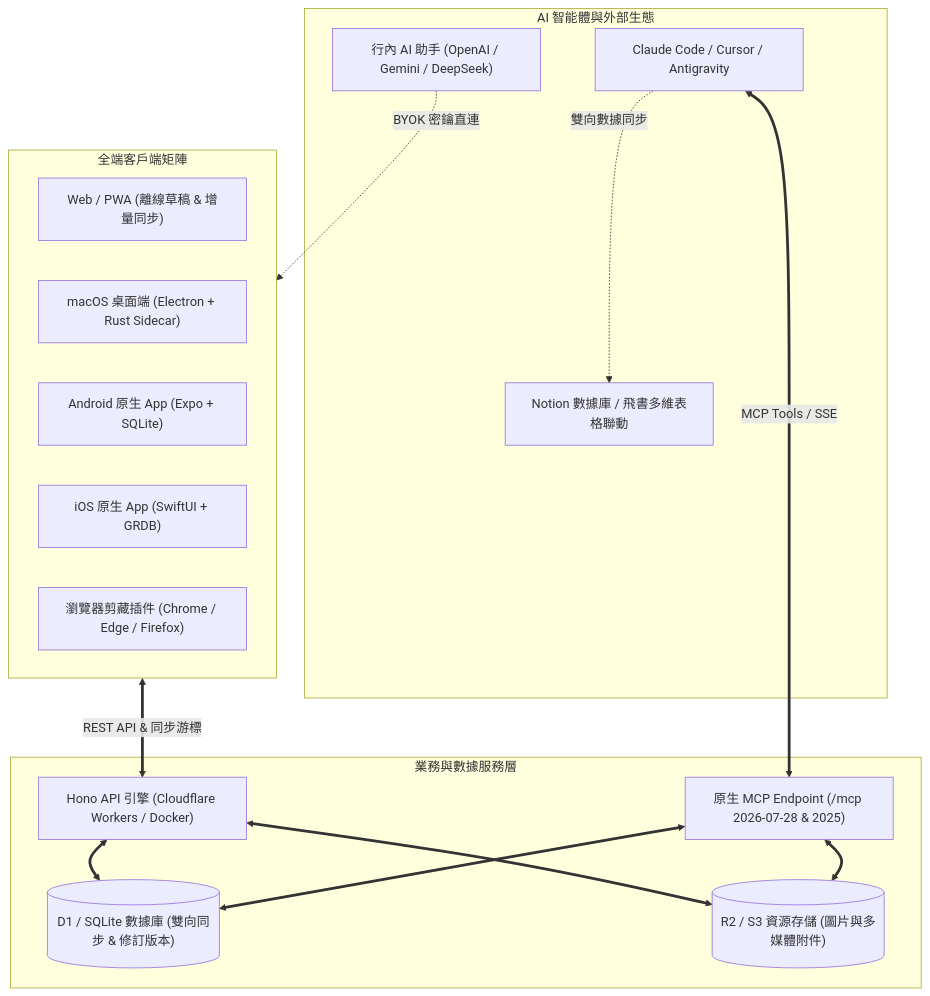
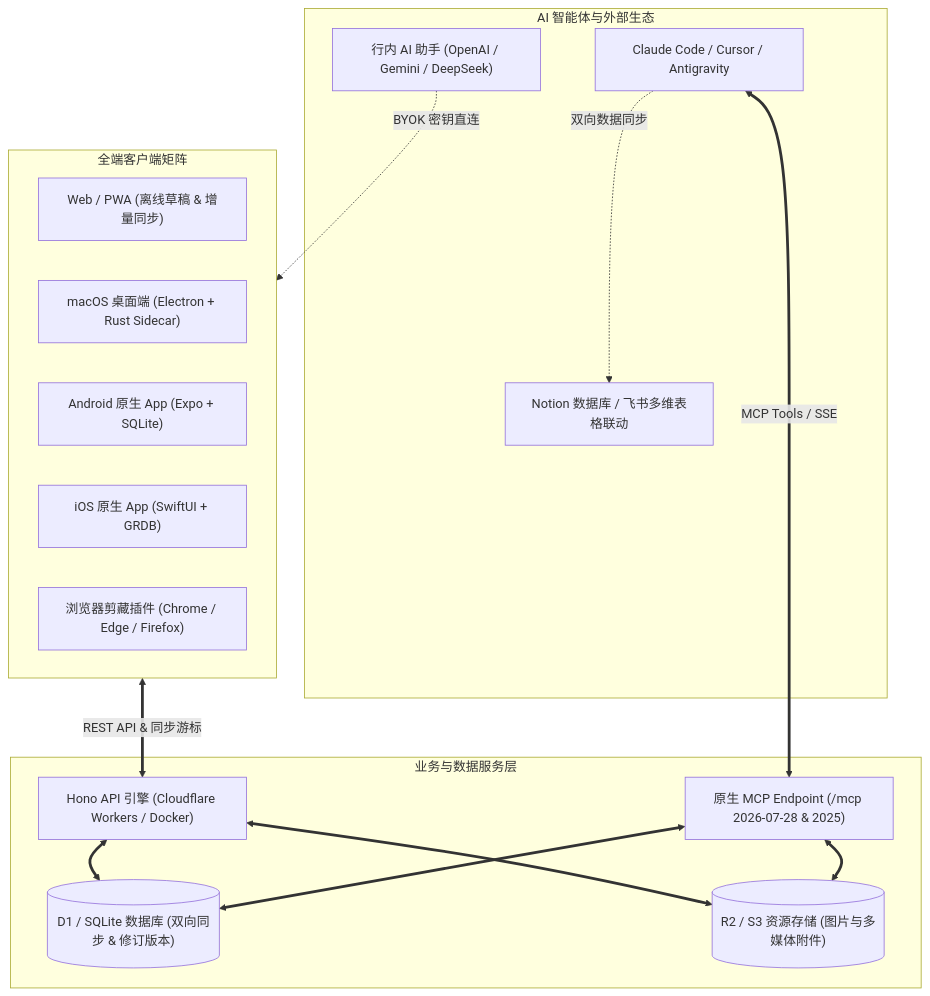
Before and after one commit to changchichung/edgeever: the first of 2 diagrams in docs/demo-sample-note.zh-CN.md, drawn with Mermaid. The commit also changed other lines of this file and 132 other files, not shown here.

````diff
--- a/docs/demo-sample-note.zh-CN.md
+++ b/docs/demo-sample-note.zh-CN.md
@@ -25,30 +25,30 @@
 ```mermaid
 flowchart TD
-    subgraph MultiClients["全端客戶端矩陣"]
-        C1["Web / PWA (離線草稿 & 增量同步)"]
+    subgraph MultiClients["全端客户端矩阵"]
+        C1["Web / PWA (离线草稿 & 增量同步)"]
         C2["macOS 桌面端 (Electron + Rust Sidecar)"]
         C3["Android 原生 App (Expo + SQLite)"]
         C4["iOS 原生 App (SwiftUI + GRDB)"]
-        C5["瀏覽器剪藏插件 (Chrome / Edge / Firefox)"]
+        C5["浏览器剪藏插件 (Chrome / Edge / Firefox)"]
     end
 
-    subgraph CoreEngine["業務與數據服務層"]
+    subgraph CoreEngine["业务与数据服务层"]
         API["Hono API 引擎 (Cloudflare Workers / Docker)"]
         MCP["原生 MCP Endpoint (/mcp 2026-07-28 & 2025)"]
-        D1[("D1 / SQLite 數據庫 (雙向同步 & 修訂版本)")]
-        R2[("R2 / S3 資源存儲 (圖片與多媒體附件)")]
+        D1[("D1 / SQLite 数据库 (双向同步 & 修订版本)")]
+        R2[("R2 / S3 资源存储 (图片与多媒体附件)")]
     end
 
-    subgraph AIAgents["AI 智能體與外部生態"]
+    subgraph AIAgents["AI 智能体与外部生态"]
         A1["Claude Code / Cursor / Antigravity"]
-        A2["行內 AI 助手 (OpenAI / Gemini / DeepSeek)"]
-        A3["Notion 數據庫 / 飛書多維表格聯動"]
+        A2["行内 AI 助手 (OpenAI / Gemini / DeepSeek)"]
+        A3["Notion 数据库 / 飞书多维表格联动"]
     end
 
-    MultiClients <==>|REST API & 同步游標| API
+    MultiClients <==>|REST API & 同步游标| API
     API <==> D1 & R2
     MCP <==> D1 & R2
     A1 <==>|MCP Tools / SSE| MCP
-    A2 -.->|BYOK 密鑰直連| MultiClients
-    A1 -.->|雙向數據同步| A3
+    A2 -.->|BYOK 密钥直连| MultiClients
+    A1 -.->|双向数据同步| A3
 ```
````
